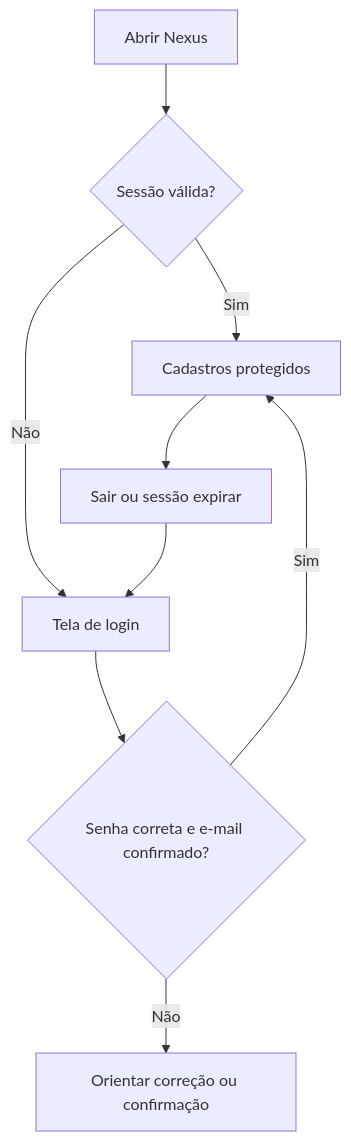
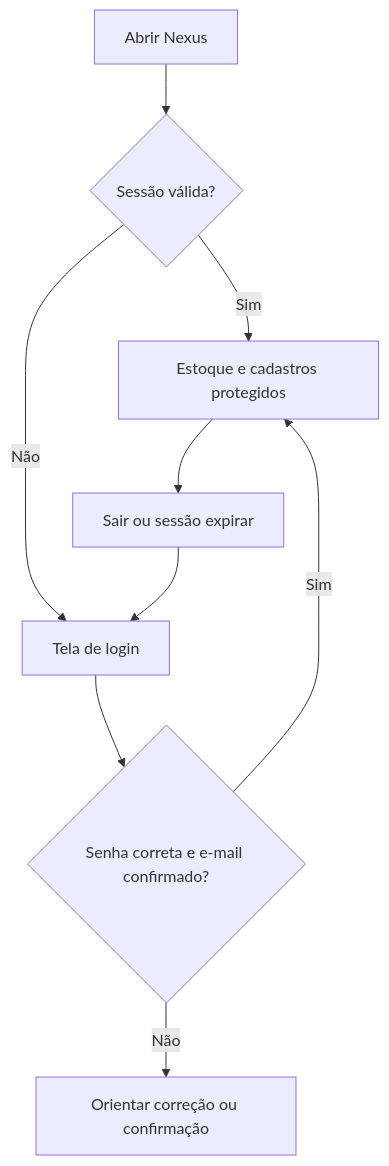
One commit to Z3NYN/diegoabreu-web2-fullstack changed the second of 6 diagrams in README.md. Above: the diagram before and after it, drawn with Mermaid. The commit also changed other lines of this file and 22 other files, not shown here.

````diff
--- a/README.md
+++ b/README.md
@@ -121,11 +145,11 @@
 ```mermaid
 flowchart TD
     inicio["Abrir Nexus"] --> sessao{"Sessão válida?"}
-    sessao -->|"Sim"| plataforma["Cadastros protegidos"]
+    sessao -->|"Sim"| plataforma["Estoque e cadastros protegidos"]
     sessao -->|"Não"| login["Tela de login"]
     login --> credenciais{"Senha correta e e-mail confirmado?"}
     credenciais -->|"Sim"| plataforma
     credenciais -->|"Não"| aviso["Orientar correção ou confirmação"]
     plataforma --> sair["Sair ou sessão expirar"]
     sair --> login
 ```
````
